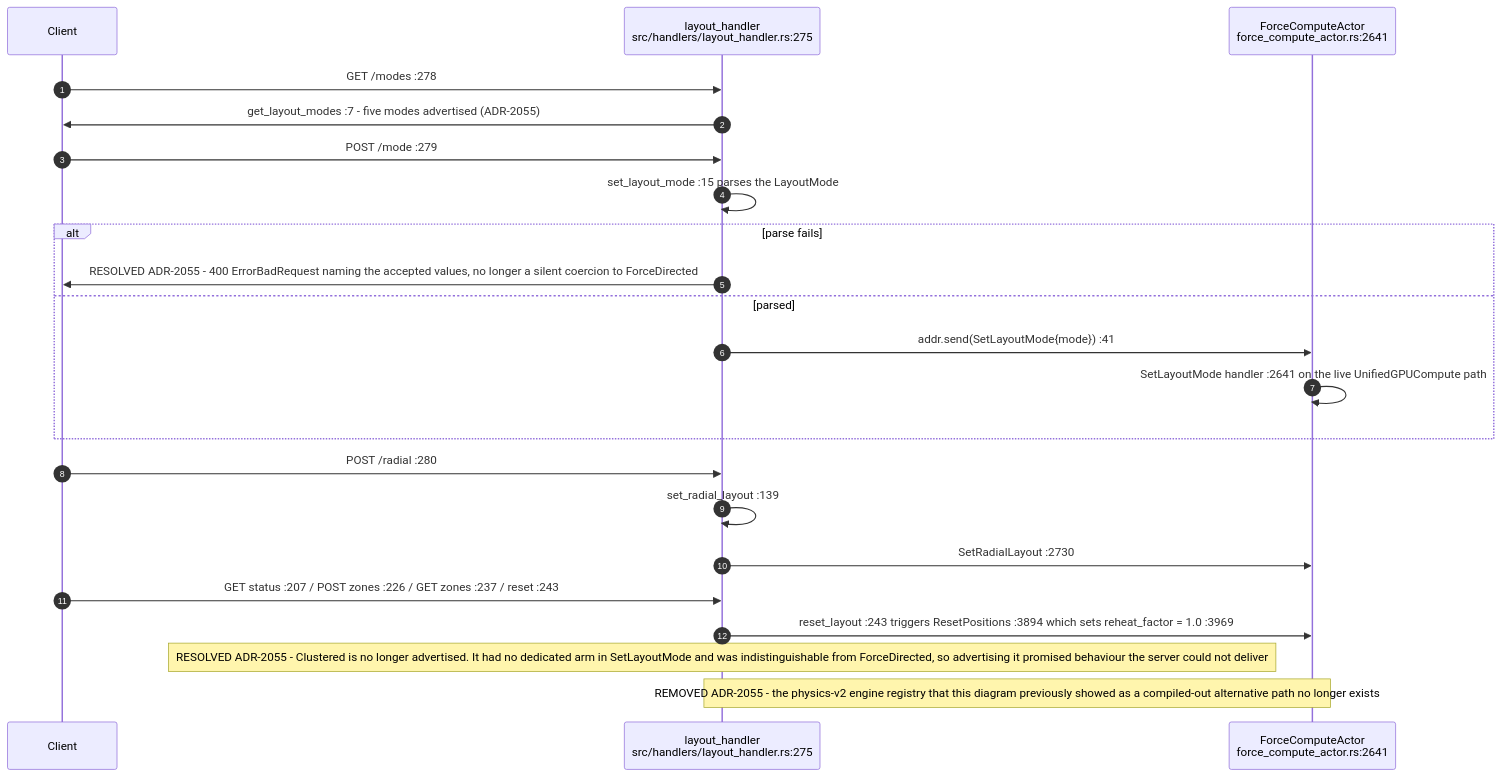
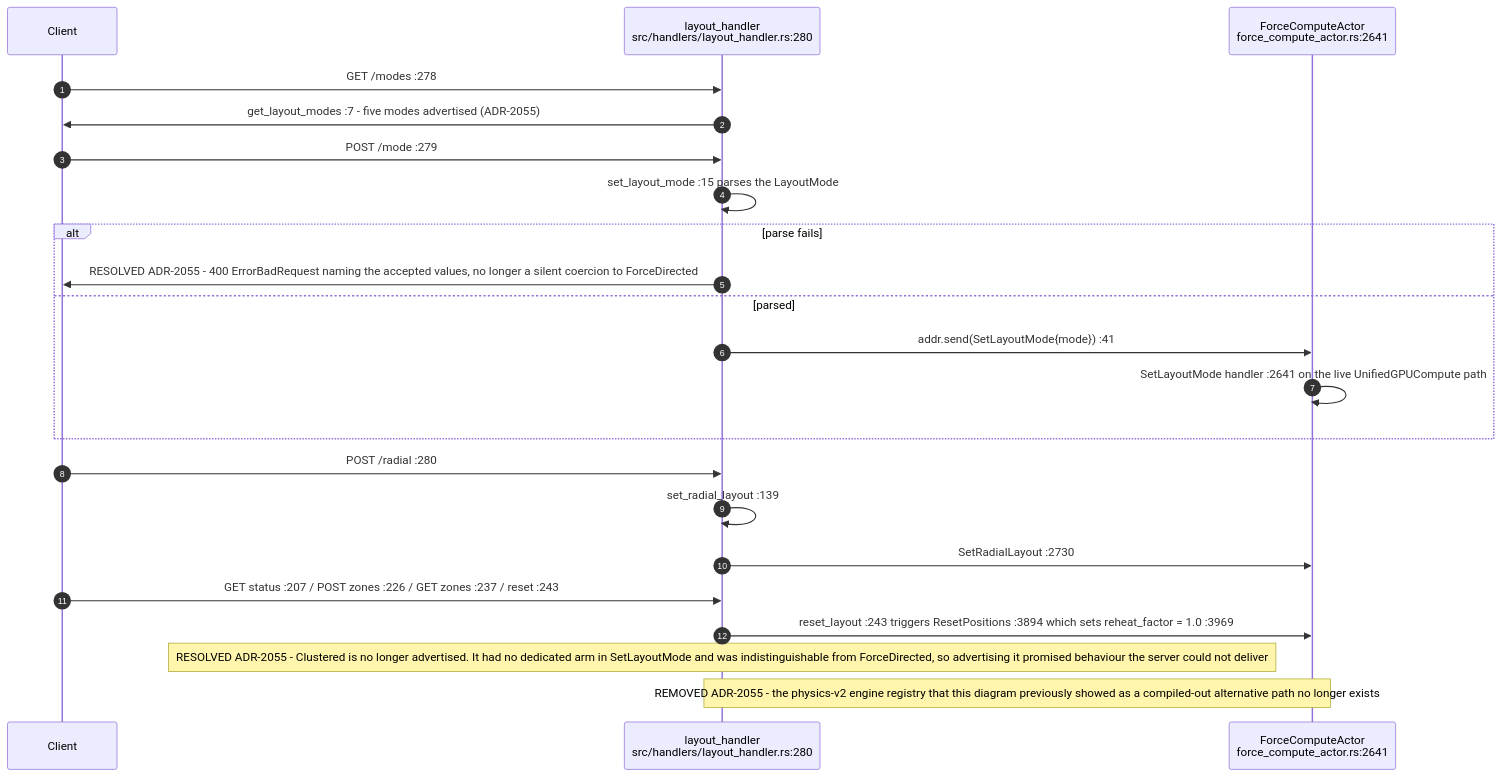
One commit to DreamLab-AI/AR-AI-Knowledge-Graph changed the fifth of 7 diagrams in docs/diagrams/visionclaw/16-interaction-drag-pin-layout.md. Above: the diagram before and after it, drawn with Mermaid. The commit also changed other lines of this file and 73 other files, not shown here.

First line of the commit message:
docs(diagrams): re-verify all 71 topic files against HEAD; add --cite-check

````diff
--- a/docs/diagrams/visionclaw/16-interaction-drag-pin-layout.md
+++ b/docs/diagrams/visionclaw/16-interaction-drag-pin-layout.md
@@ -149,25 +149,25 @@
 ```mermaid
 sequenceDiagram
     autonumber
     participant C as Client
-    participant LH as layout_handler<br/>src/handlers/layout_handler.rs:275
+    participant LH as layout_handler<br/>src/handlers/layout_handler.rs:280
     participant FCA as ForceComputeActor<br/>force_compute_actor.rs:2641
 
     C->>LH: GET /modes :278
     LH->>C: get_layout_modes :7 - five modes advertised (ADR-2055)
     C->>LH: POST /mode :279
     LH->>LH: set_layout_mode :15 parses the LayoutMode
     alt parse fails
         LH->>C: RESOLVED ADR-2055 - 400 ErrorBadRequest naming the accepted values, no longer a silent coercion to ForceDirected
     else parsed
         LH->>FCA: addr.send(SetLayoutMode{mode}) :41
         FCA->>FCA: SetLayoutMode handler :2641 on the live UnifiedGPUCompute path
     end
     C->>LH: POST /radial :280
     LH->>LH: set_radial_layout :139
     LH->>FCA: SetRadialLayout :2730
     C->>LH: GET status :207 / POST zones :226 / GET zones :237 / reset :243
     LH->>FCA: reset_layout :243 triggers ResetPositions :3894 which sets reheat_factor = 1.0 :3969
     Note over LH: RESOLVED ADR-2055 - Clustered is no longer advertised. It had no dedicated arm in SetLayoutMode and was indistinguishable from ForceDirected, so advertising it promised behaviour the server could not deliver
     Note over LH,FCA: REMOVED ADR-2055 - the physics-v2 engine registry that this diagram previously showed as a compiled-out alternative path no longer exists
 ```
````
